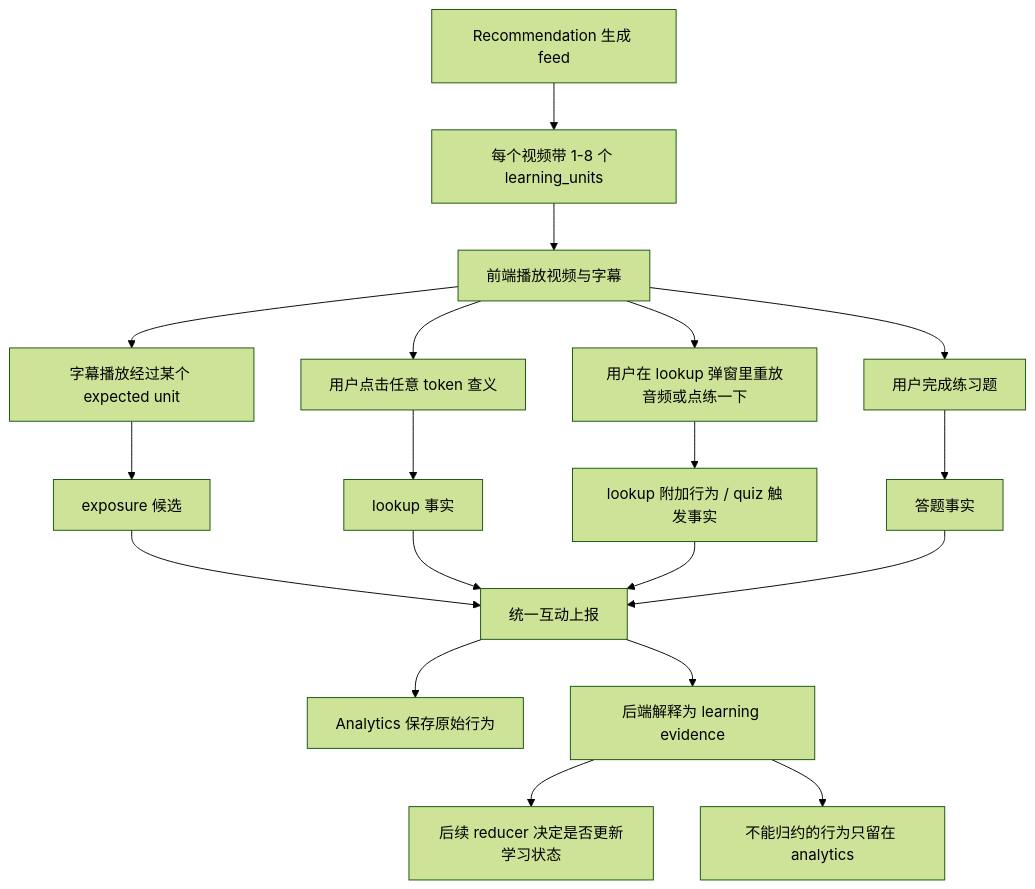
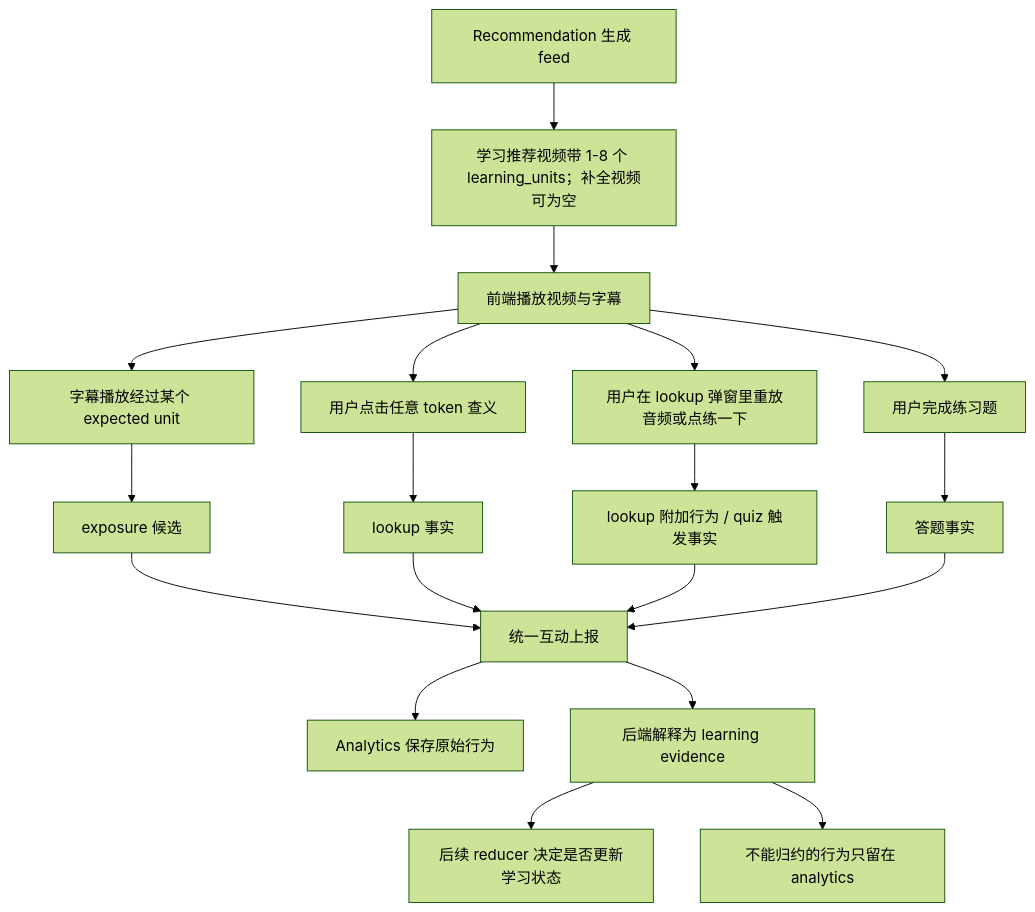
One commit to bionicotaku/learning-video-recommendation-system changed the first of 13 diagrams in docs/学习互动信号语义设计.md. Above: the diagram before and after it, drawn with Mermaid (forest theme). The commit also changed other lines of this file and 36 other files, not shown here.

````diff
--- a/docs/学习互动信号语义设计.md
+++ b/docs/学习互动信号语义设计.md
@@ -32,26 +32,26 @@
 ```mermaid
 flowchart TD
-    A["Recommendation 生成 feed"] --> B["每个视频带 1-8 个 learning_units"]
+    A["Recommendation 生成 feed"] --> B["学习推荐视频带 1-8 个 learning_units；补全视频可为空"]
     B --> C["前端播放视频与字幕"]
 
     C --> D1["字幕播放经过某个 expected unit"]
     C --> D2["用户点击任意 token 查义"]
     C --> D3["用户在 lookup 弹窗里重放音频或点练一下"]
     C --> D4["用户完成练习题"]
 
     D1 --> E["exposure 候选"]
     D2 --> F["lookup 事实"]
     D3 --> G["lookup 附加行为 / quiz 触发事实"]
     D4 --> Q["答题事实"]
 
     E --> H["统一互动上报"]
     F --> H
     G --> H
     Q --> H
 
     H --> I["Analytics 保存原始行为"]
     H --> J["后端解释为 learning evidence"]
 
     J --> K["后续 reducer 决定是否更新学习状态"]
     J --> L["不能归约的行为只留在 analytics"]
 ```
````
